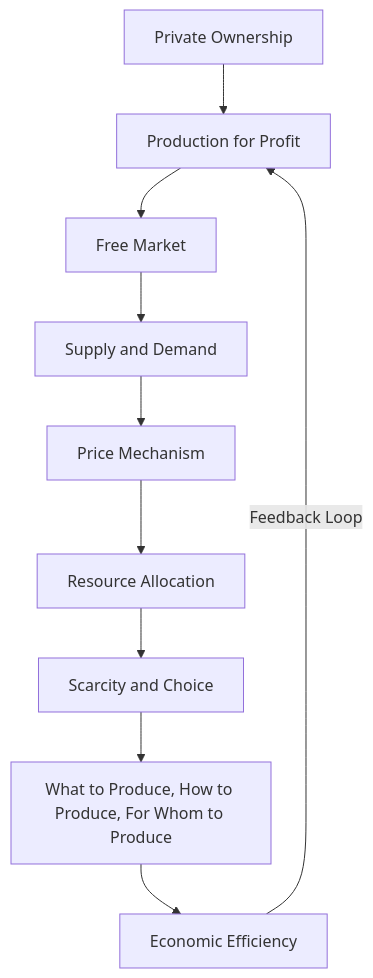
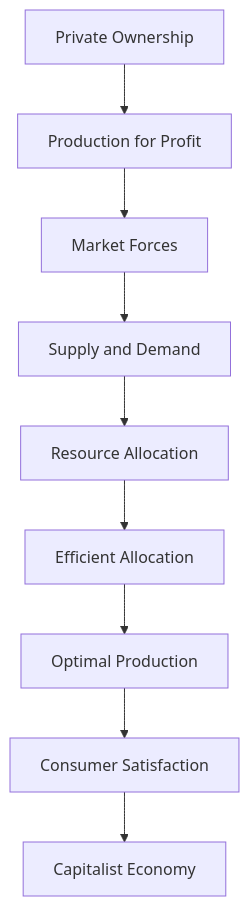
Before and after one commit to DagimAlemayehuu/Ater: the diagram in Obsidian_Vault/2-Academic/Winter 2026/Economics/1_Basics_Of_Economics/Capitalist_Economy.md, drawn with Mermaid. The commit also changed other lines of this file and 71 other files, not shown here.

````diff
--- a/Obsidian_Vault/2-Academic/Winter 2026/Economics/1_Basics_Of_Economics/Capitalist_Economy.md
+++ b/Obsidian_Vault/2-Academic/Winter 2026/Economics/1_Basics_Of_Economics/Capitalist_Economy.md
@@ -50,14 +44,13 @@
 ```mermaid
 
 graph TD
     A[Private Ownership] --> B[Production for Profit]
-    B --> C[Free Market]
+    B --> C[Market Forces]
     C --> D[Supply and Demand]
-    D --> E[Price Mechanism]
-    E --> F[Resource Allocation]
-    F --> G[Scarcity and Choice]
-    G --> H[What to Produce, How to Produce, For Whom to Produce]
-    H --> I[Economic Efficiency]
-    I -->|Feedback Loop| B
+    D --> E[Resource Allocation]
+    E --> F[Efficient Allocation]
+    F --> G[Optimal Production]
+    G --> H[Consumer Satisfaction]
+    H --> I[Capitalist Economy]
 
 ```
````
